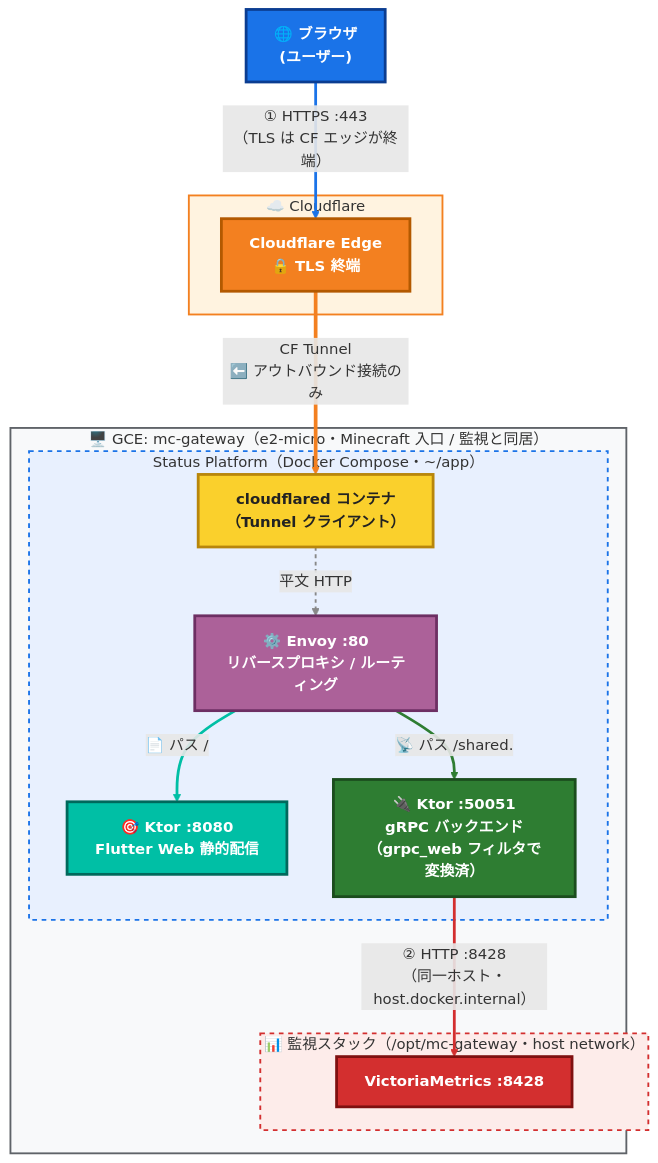
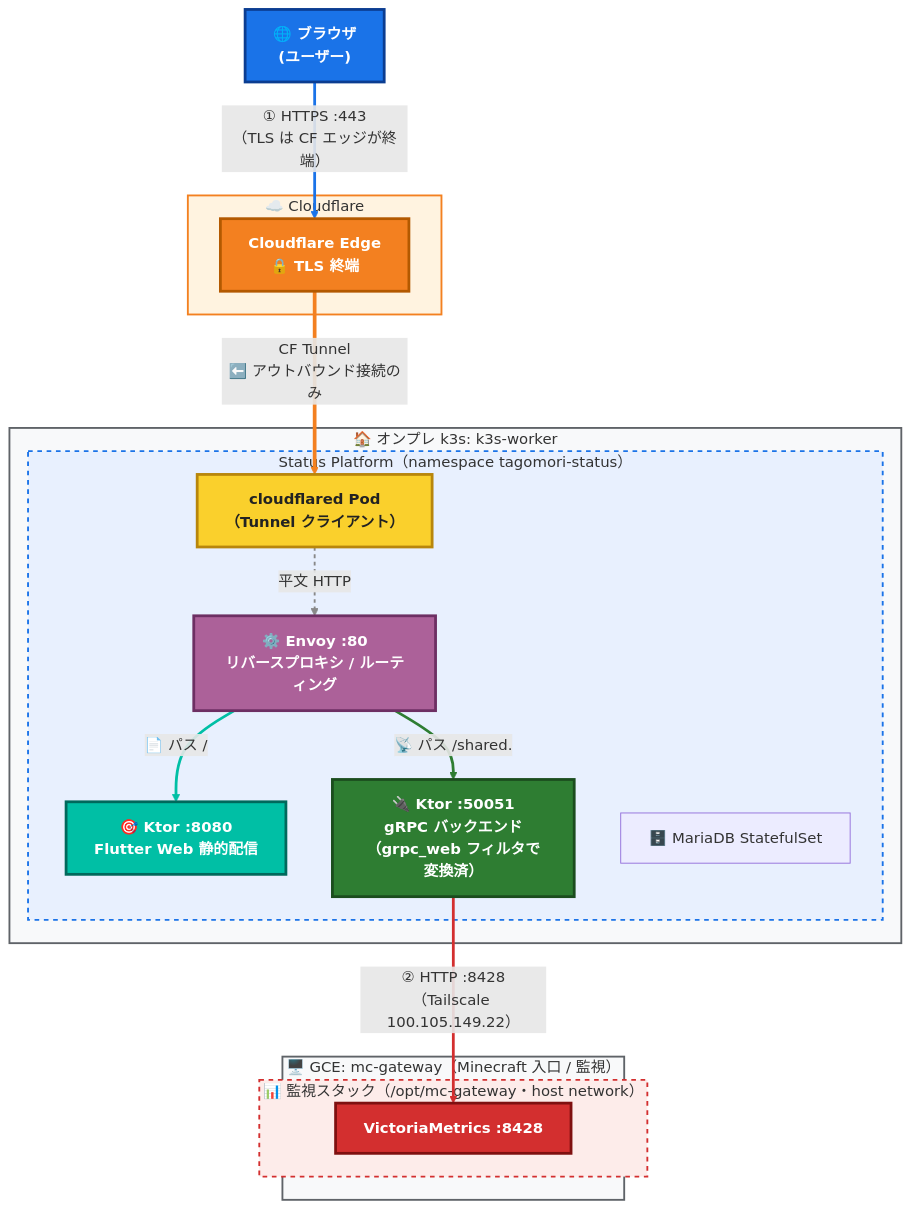
One commit to Tagomori0211/cloud-observability-gateway changed the first of 2 diagrams in README.md. Above: the diagram before and after it, drawn with Mermaid. The commit also changed other lines of this file and 3 other files, not shown here.

First line of the commit message:
docs: Describe the Status Platform running on k3s-worker

````diff
--- a/README.md
+++ b/README.md
@@ -44,61 +44,65 @@
 ```mermaid
 flowchart TD
     %% ============ ノード定義 ============
     Browser["🌐 ブラウザ<br/>(ユーザー)"]
 
     subgraph CF["☁️ Cloudflare"]
         Edge["Cloudflare Edge<br/>🔒 TLS 終端"]
     end
 
-    subgraph GW["🖥️ GCE: mc-gateway（e2-micro・Minecraft 入口 / 監視と同居）"]
-        subgraph VM1["Status Platform（Docker Compose・~/app）"]
-            Cloudflared["cloudflared コンテナ<br/>（Tunnel クライアント）"]
+    subgraph K3S["🏠 オンプレ k3s: k3s-worker"]
+        subgraph VM1["Status Platform（namespace tagomori-status）"]
+            Cloudflared["cloudflared Pod<br/>（Tunnel クライアント）"]
             Envoy["⚙️ Envoy :80<br/>リバースプロキシ / ルーティング"]
             KtorWeb["🎯 Ktor :8080<br/>Flutter Web 静的配信"]
             KtorGrpc["🔌 Ktor :50051<br/>gRPC バックエンド<br/>（grpc_web フィルタで変換済）"]
+            MariaDB["🗄️ MariaDB StatefulSet"]
         end
+    end
 
+    subgraph GW["🖥️ GCE: mc-gateway（Minecraft 入口 / 監視）"]
         subgraph VM2["📊 監視スタック（/opt/mc-gateway・host network）"]
             VM["VictoriaMetrics :8428"]
         end
     end
 
     %% ============ エッジ定義 ============
     Browser -- "① HTTPS :443<br/>（TLS は CF エッジが終端）" --> Edge
     Edge == "CF Tunnel<br/>⬅️ アウトバウンド接続のみ" ==> Cloudflared
     Cloudflared -- "平文 HTTP" --> Envoy
     Envoy -- "📄 パス  /" --> KtorWeb
     Envoy -- "📡 パス  /shared." --> KtorGrpc
-    KtorGrpc -- "② HTTP :8428<br/>（同一ホスト・host.docker.internal）" --> VM
+    KtorGrpc -- "② HTTP :8428<br/>（Tailscale 100.105.149.22）" --> VM
 
     %% ============ スタイル定義 ============
     classDef browser fill:#1a73e8,stroke:#0b3d91,stroke-width:3px,color:#ffffff,font-weight:bold
     classDef cloudflare fill:#f38020,stroke:#b35900,stroke-width:3px,color:#ffffff,font-weight:bold
     classDef tunnel fill:#fad02c,stroke:#b8860b,stroke-width:3px,color:#222222,font-weight:bold
     classDef envoy fill:#ac6199,stroke:#6d2f63,stroke-width:3px,color:#ffffff,font-weight:bold
     classDef ktorweb fill:#00bfa5,stroke:#00695c,stroke-width:3px,color:#ffffff,font-weight:bold
     classDef ktorgrpc fill:#2e7d32,stroke:#1b4d1e,stroke-width:3px,color:#ffffff,font-weight:bold
     classDef metrics fill:#d32f2f,stroke:#7f1010,stroke-width:3px,color:#ffffff,font-weight:bold
 
     class Browser browser
     class Edge cloudflare
     class Cloudflared tunnel
     class Envoy envoy
     class KtorWeb ktorweb
     class KtorGrpc ktorgrpc
     class VM metrics
 
     %% サブグラフの背景色
     style CF fill:#fff3e0,stroke:#f38020,stroke-width:2px
+    style K3S fill:#f8f9fa,stroke:#5f6368,stroke-width:2px
     style GW fill:#f8f9fa,stroke:#5f6368,stroke-width:2px
     style VM1 fill:#e8f0fe,stroke:#1a73e8,stroke-width:2px,stroke-dasharray:5 5
     style VM2 fill:#fdecea,stroke:#d32f2f,stroke-width:2px,stroke-dasharray:5 5
 
     %% エッジの色分け
     linkStyle 0 stroke:#1a73e8,stroke-width:3px
     linkStyle 1 stroke:#f38020,stroke-width:4px
     linkStyle 2 stroke:#888888,stroke-width:2px,stroke-dasharray:4 4
     linkStyle 3 stroke:#00bfa5,stroke-width:3px
     linkStyle 4 stroke:#2e7d32,stroke-width:3px
     linkStyle 5 stroke:#d32f2f,stroke-width:3px
 ```
````
